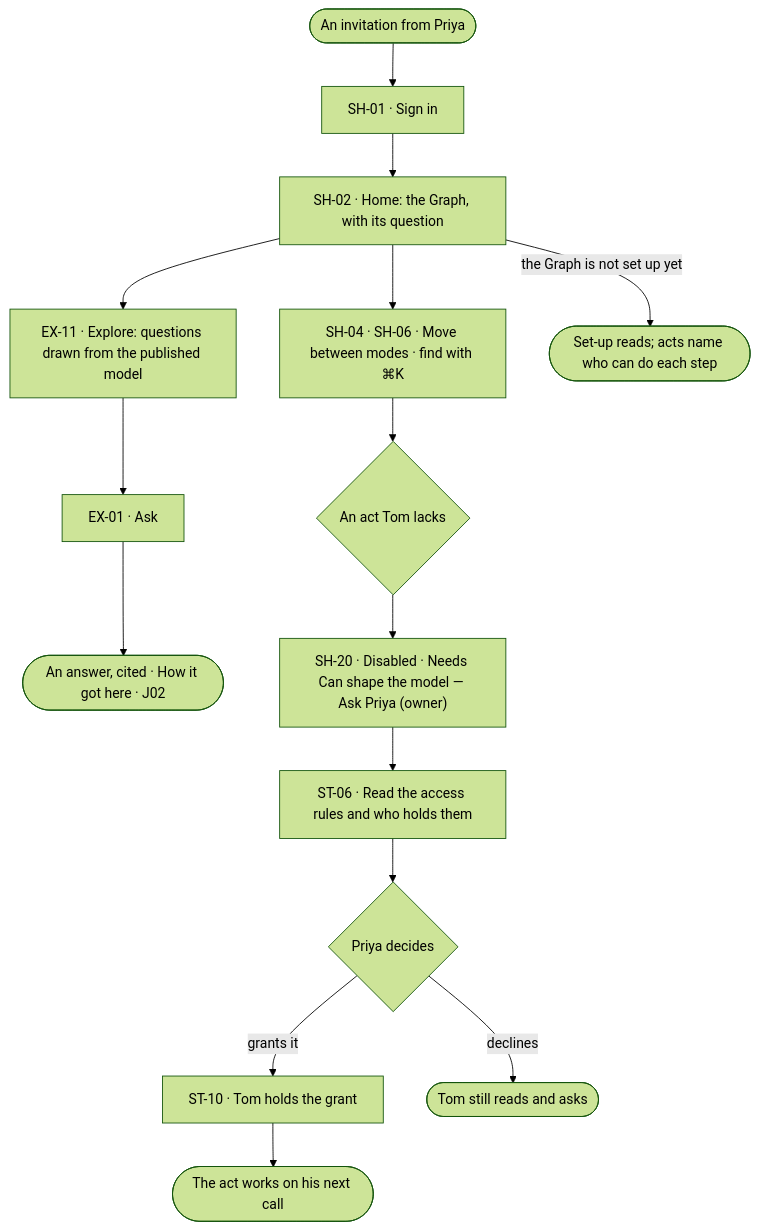
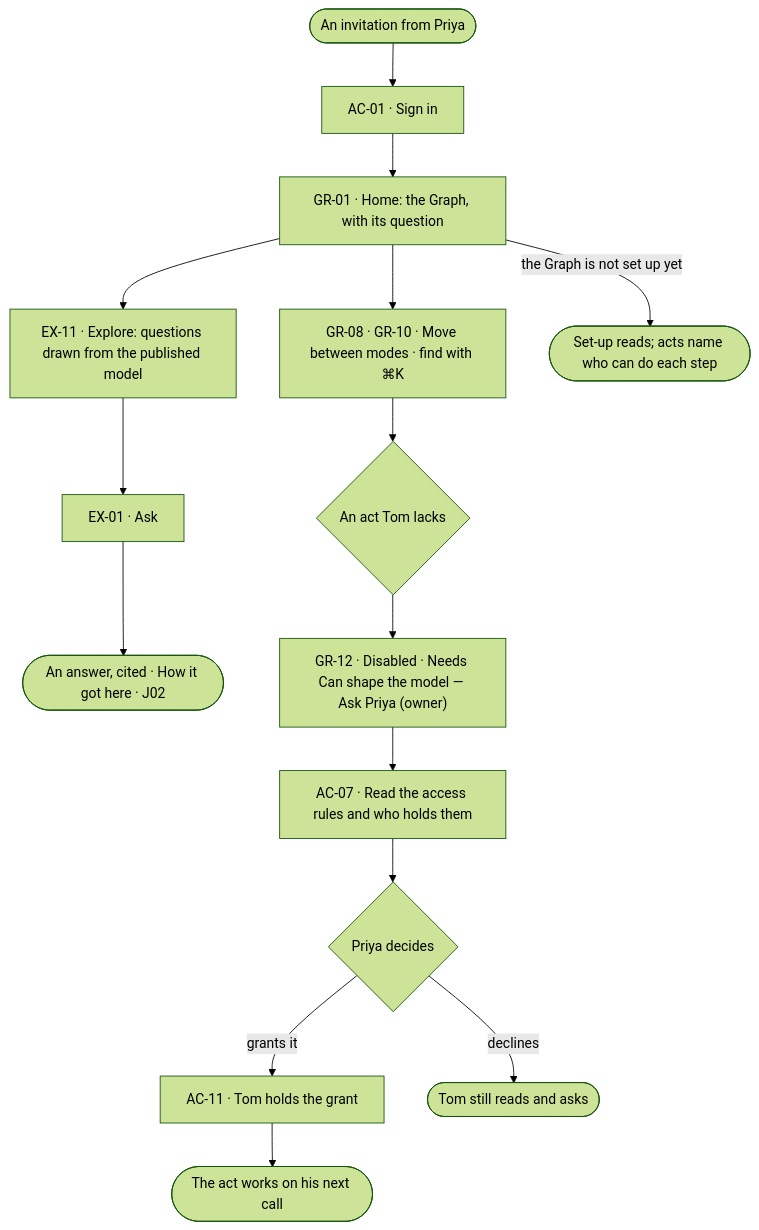
One commit to invana/invana changed the diagram in specs/journeys/J05-join-a-graph-someone-set-up.md. Above: the diagram before and after it, drawn with Mermaid (forest theme). The commit also changed other lines of this file and 884 other files, not shown here.

````diff
--- a/specs/journeys/J05-join-a-graph-someone-set-up.md
+++ b/specs/journeys/J05-join-a-graph-someone-set-up.md
@@ -16,16 +16,16 @@
 ```mermaid
 flowchart TD
-  A([An invitation from Priya]) --> B["SH-01 · Sign in"]
-  B --> C["SH-02 · Home: the Graph, with its question"]
+  A([An invitation from Priya]) --> B["AC-01 · Sign in"]
+  B --> C["GR-01 · Home: the Graph, with its question"]
   C --> D["EX-11 · Explore: questions drawn from the published model"]
   D --> E["EX-01 · Ask"]
   E --> F(["An answer, cited · How it got here · J02"])
-  C --> G["SH-04 · SH-06 · Move between modes · find with ⌘K"]
+  C --> G["GR-08 · GR-10 · Move between modes · find with ⌘K"]
   G --> H{"An act Tom lacks"}
-  H --> I["SH-20 · Disabled · Needs Can shape the model — Ask Priya (owner)"]
-  I --> J["ST-06 · Read the access rules and who holds them"]
+  H --> I["GR-12 · Disabled · Needs Can shape the model — Ask Priya (owner)"]
+  I --> J["AC-07 · Read the access rules and who holds them"]
   J --> K{"Priya decides"}
-  K -->|grants it| L["ST-10 · Tom holds the grant"] --> M(["The act works on his next call"])
+  K -->|grants it| L["AC-11 · Tom holds the grant"] --> M(["The act works on his next call"])
   K -->|declines| N(["Tom still reads and asks"])
   C -->|the Graph is not set up yet| S(["Set-up reads; acts name who can do each step"])
 ```
````
